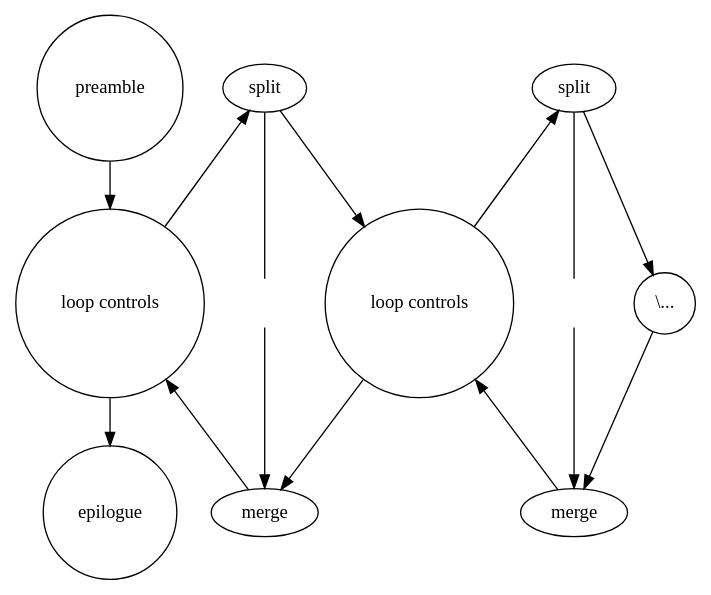
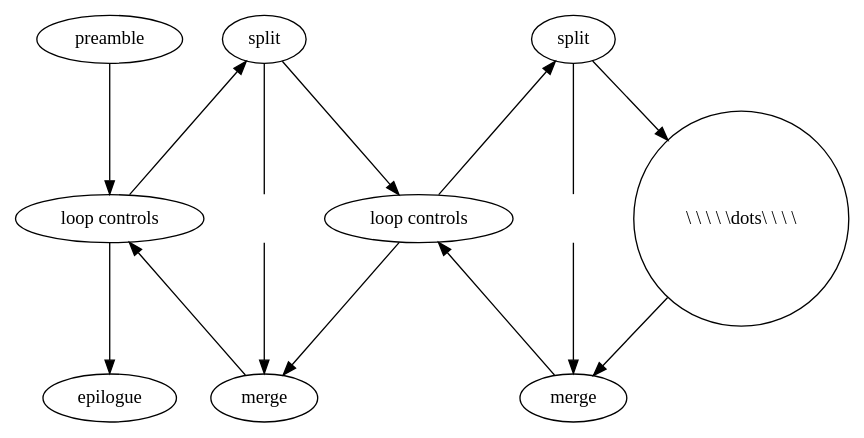
Before and after one commit to kareltucek/ctb: the diagram in thesis/contents/graphs/buffercounter.dot, drawn with Graphviz. The commit also changed 29 other files, not shown here.

```diff
--- a/thesis/contents/graphs/buffercounter.dot
+++ b/thesis/contents/graphs/buffercounter.dot
@@ -1,37 +1,37 @@
 digraph{
 #include
   rankdir = TB;
 
-  pre[label="preamble",shape="circle"]
-  epi[label="epilogue",shape="circle"]
+  pre[label="preamble",shape="ellipse"]
+  epi[label="epilogue",shape="ellipse"]
   pre -> controls -> epi;
 
 
-  controls[label="loop controls",shape="circle"]
+  controls[label="loop controls",shape="ellipse"]
   a[style=invis];
   b[label="loop controls"];
   e[label="merge"];
   f[label="split"];
   f -> a[dir=none];
   f -> b;
   a -> e;
   b -> e;
  f -> controls[dir=back];
  controls -> e[dir=back];
   //b -> c;
   //d -> b;
 
-  b[label="loop controls",shape="circle"]
+  b[label="loop controls",shape="ellipse"]
   ca[style=invis];
-  cb[label="\\...",shape="circle"];
+  cb[label="\\ \\ \\ \\ \\dots\\ \\ \\ \\ ",shape="circle"];
   ce[label="merge"];
   cf[label="split"];
   cf -> ca[dir=none];
   cf -> cb;
   ca -> ce;
   cb -> ce;
  cf -> b[dir=back];
  b -> ce[dir=back];
 
 
 }
```
